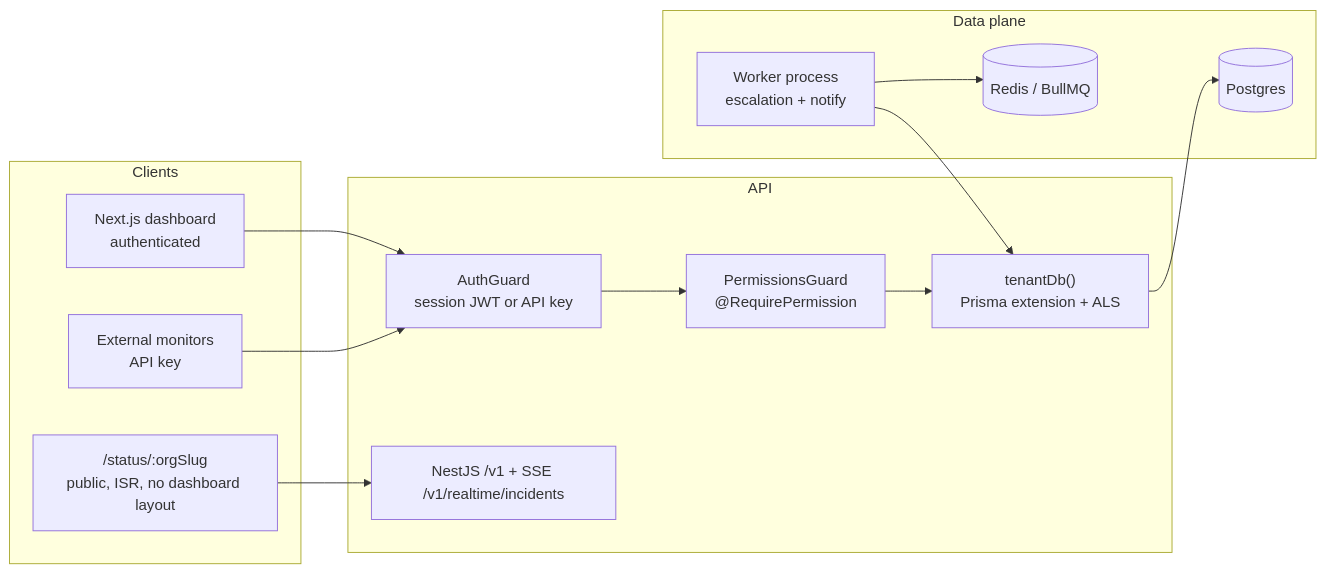
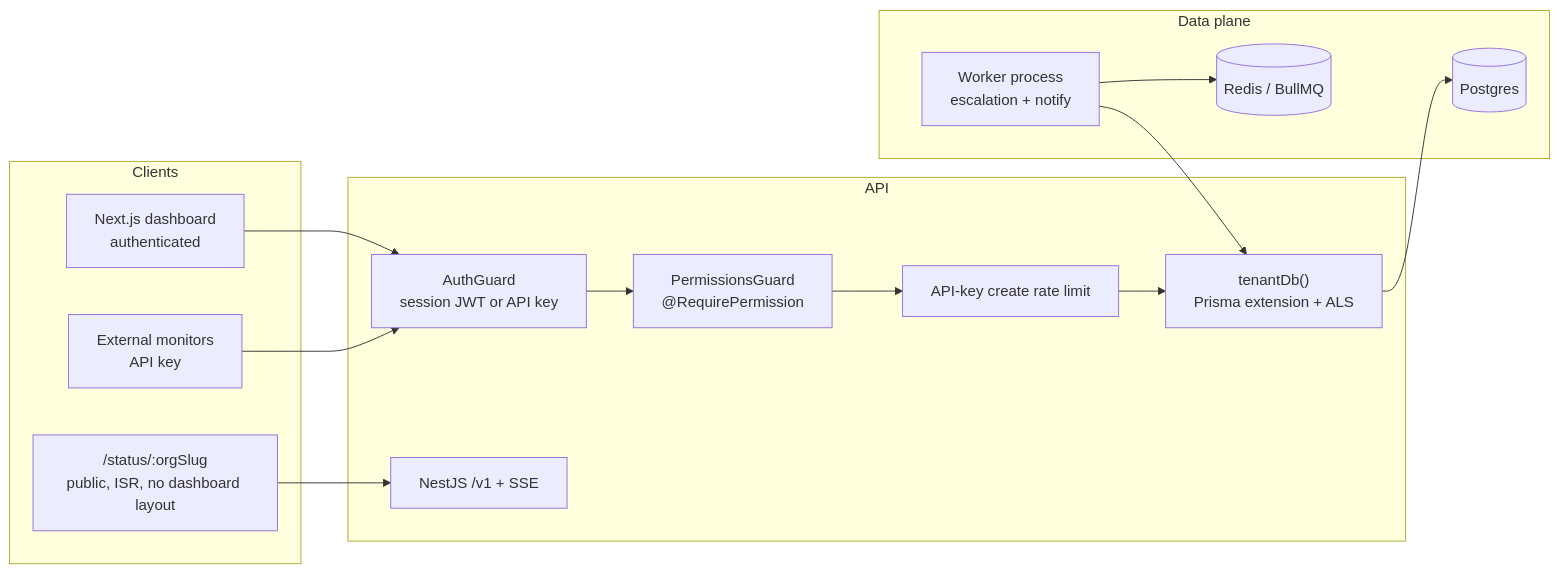
Before and after one commit to Abhishek842000/waypoint: the diagram in README.md, drawn with Mermaid. The commit also changed other lines of this file and 1 other file, not shown here.

````diff
--- a/README.md
+++ b/README.md
@@ -13,28 +47,29 @@
 ```mermaid
 flowchart LR
   subgraph clients [Clients]
     Web["Next.js dashboard<br/>authenticated"]
     Status["/status/:orgSlug<br/>public, ISR, no dashboard layout"]
     Ext["External monitors<br/>API key"]
   end
 
   subgraph edge [API]
     Auth["AuthGuard<br/>session JWT or API key"]
     RBAC["PermissionsGuard<br/>@RequirePermission"]
+    Throttle["API-key create rate limit"]
     Tenant["tenantDb()<br/>Prisma extension + ALS"]
-    Nest["NestJS /v1 + SSE /v1/realtime/incidents"]
+    Nest["NestJS /v1 + SSE"]
   end
 
   subgraph data [Data plane]
     PG[(Postgres)]
     Redis[(Redis / BullMQ)]
     Worker["Worker process<br/>escalation + notify"]
   end
 
   Web --> Auth
   Status --> Nest
   Ext --> Auth
-  Auth --> RBAC --> Tenant --> PG
+  Auth --> RBAC --> Throttle --> Tenant --> PG
   Worker --> Redis
   Worker --> Tenant
 ```
````
